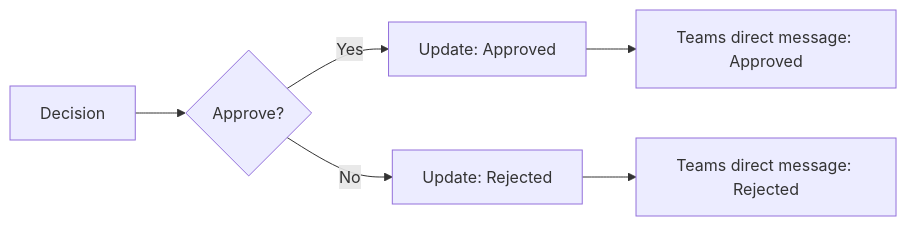
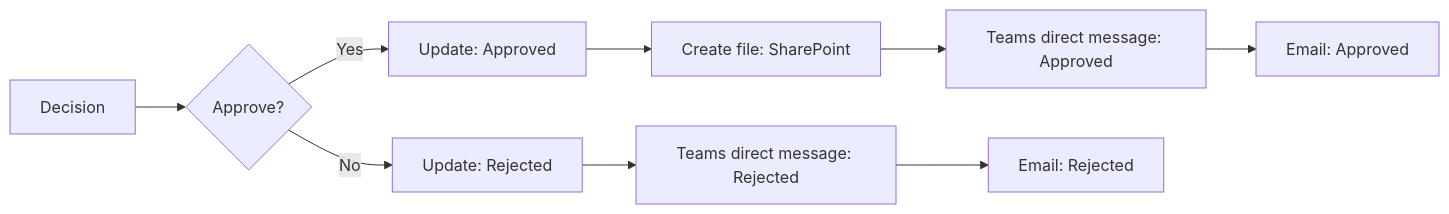
One commit to teerasej/cpall-gosoft-power-automate-2026 changed the diagram in docs/exercises/08-notify-requester-in-teams.md. Above: the diagram before and after it, drawn with Mermaid. The commit also changed other lines of this file and 7 other files, not shown here.

````diff
--- a/docs/exercises/08-notify-requester-in-teams.md
+++ b/docs/exercises/08-notify-requester-in-teams.md
@@ -21,8 +21,11 @@
 ```mermaid
 flowchart LR
     A["Decision"] --> B{"Approve?"}
     B -->|Yes| C["Update: Approved"]
     B -->|No| D["Update: Rejected"]
-    C --> E["Teams direct message: Approved"]
+    C --> S["Create file: SharePoint"]
+    S --> E["Teams direct message: Approved"]
     D --> F["Teams direct message: Rejected"]
+    E --> G["Email: Approved"]
+    F --> H["Email: Rejected"]
 ```
````
